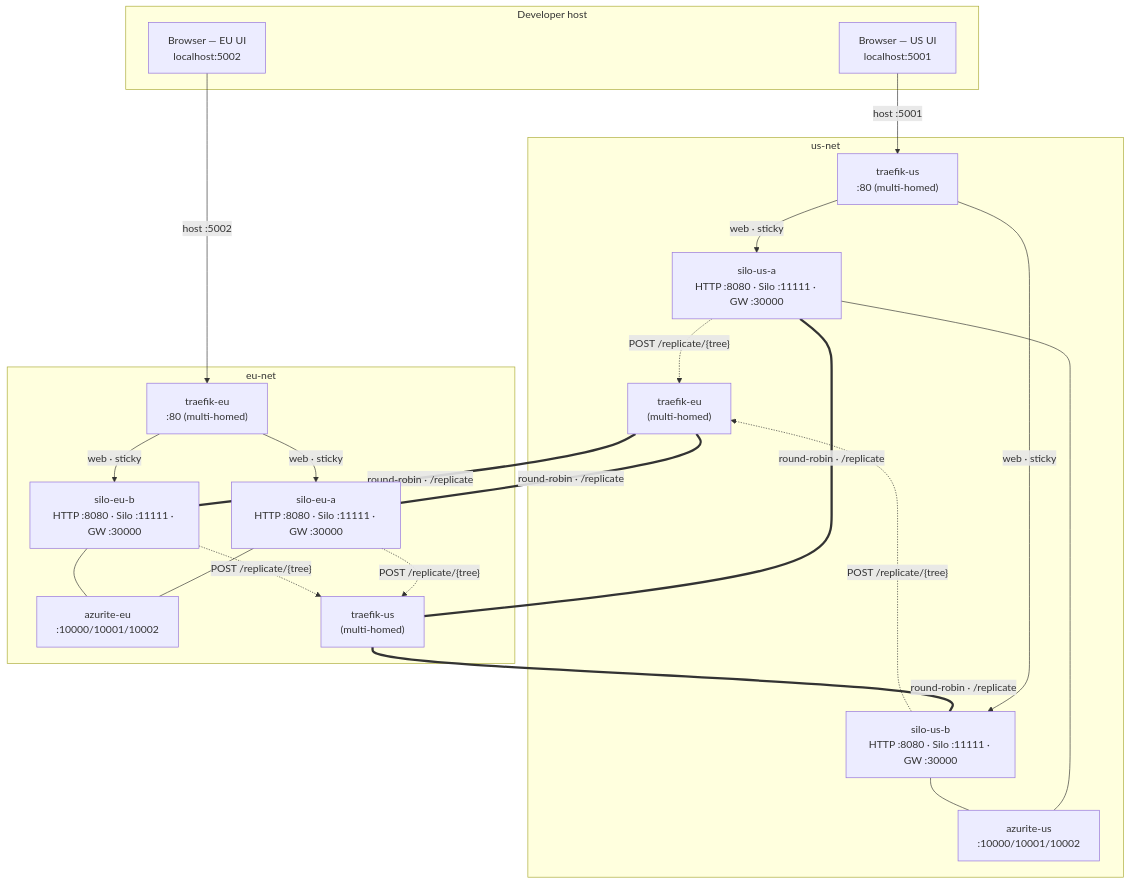
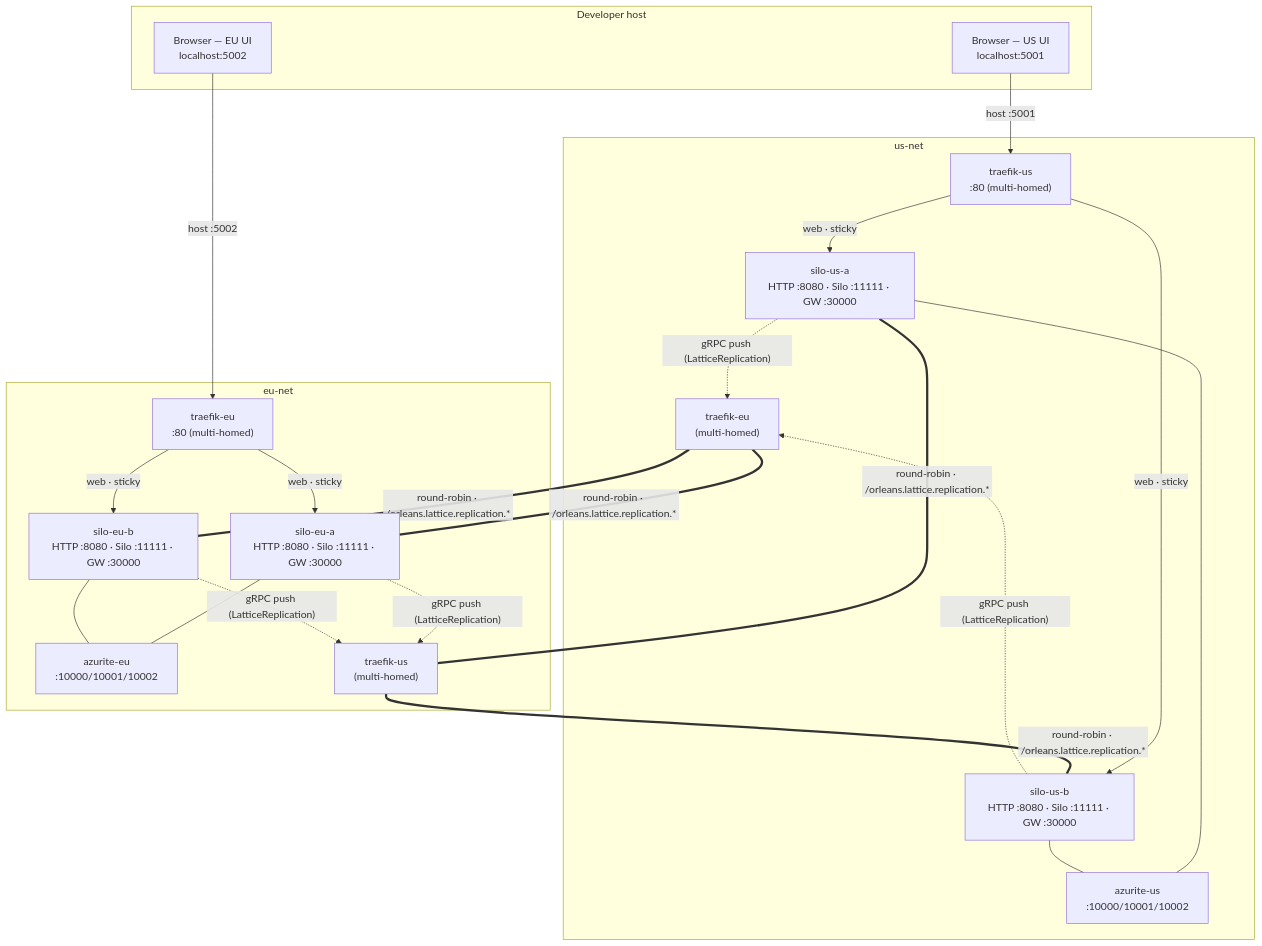
Before and after one commit to NSTA1/Orleans.Lattice: the first of 5 diagrams in samples/MultiSiteManufacturing/architecture.md, drawn with Mermaid. The commit also changed other lines of this file and 76 other files, not shown here.

First line of the commit message:
feat(samples): migrate MultiSiteManufacturing to Orleans.Lattice.Replication + scoped bootstrap roadmap (#177)

````diff
--- a/samples/MultiSiteManufacturing/architecture.md
+++ b/samples/MultiSiteManufacturing/architecture.md
@@ -20,46 +20,46 @@
 ```mermaid
 flowchart TB
     subgraph host["Developer host"]
         browser1["Browser — US UI<br/>localhost:5001"]
         browser2["Browser — EU UI<br/>localhost:5002"]
     end
 
     subgraph usNet["us-net"]
         azF["azurite-us<br/>:10000/10001/10002"]
         siloFA["silo-us-a<br/>HTTP :8080 · Silo :11111 · GW :30000"]
         siloFB["silo-us-b<br/>HTTP :8080 · Silo :11111 · GW :30000"]
         tFE["traefik-us<br/>:80 (multi-homed)"]
         tHE1["traefik-eu<br/>(multi-homed)"]
     end
 
     subgraph euNet["eu-net"]
         azH["azurite-eu<br/>:10000/10001/10002"]
         siloHA["silo-eu-a<br/>HTTP :8080 · Silo :11111 · GW :30000"]
         siloHB["silo-eu-b<br/>HTTP :8080 · Silo :11111 · GW :30000"]
         tHE2["traefik-eu<br/>:80 (multi-homed)"]
         tFE2["traefik-us<br/>(multi-homed)"]
     end
 
     browser1 -->|"host :5001"| tFE
     browser2 -->|"host :5002"| tHE2
 
     tFE -->|"web · sticky"| siloFA
     tFE -->|"web · sticky"| siloFB
     tHE2 -->|"web · sticky"| siloHA
     tHE2 -->|"web · sticky"| siloHB
 
     siloFA --- azF
     siloFB --- azF
     siloHA --- azH
     siloHB --- azH
 
-    siloFA -.->|"POST /replicate/{tree}"| tHE1
-    siloFB -.->|"POST /replicate/{tree}"| tHE1
-    siloHA -.->|"POST /replicate/{tree}"| tFE2
-    siloHB -.->|"POST /replicate/{tree}"| tFE2
+    siloFA -.->|"gRPC push (LatticeReplication)"| tHE1
+    siloFB -.->|"gRPC push (LatticeReplication)"| tHE1
+    siloHA -.->|"gRPC push (LatticeReplication)"| tFE2
+    siloHB -.->|"gRPC push (LatticeReplication)"| tFE2
 
-    tHE1 ===|"round-robin · /replicate"| siloHA
-    tHE1 ===|"round-robin · /replicate"| siloHB
-    tFE2 ===|"round-robin · /replicate"| siloFA
-    tFE2 ===|"round-robin · /replicate"| siloFB
+    tHE1 ===|"round-robin · /orleans.lattice.replication.*"| siloHA
+    tHE1 ===|"round-robin · /orleans.lattice.replication.*"| siloHB
+    tFE2 ===|"round-robin · /orleans.lattice.replication.*"| siloFA
+    tFE2 ===|"round-robin · /orleans.lattice.replication.*"| siloFB
 ```
````
